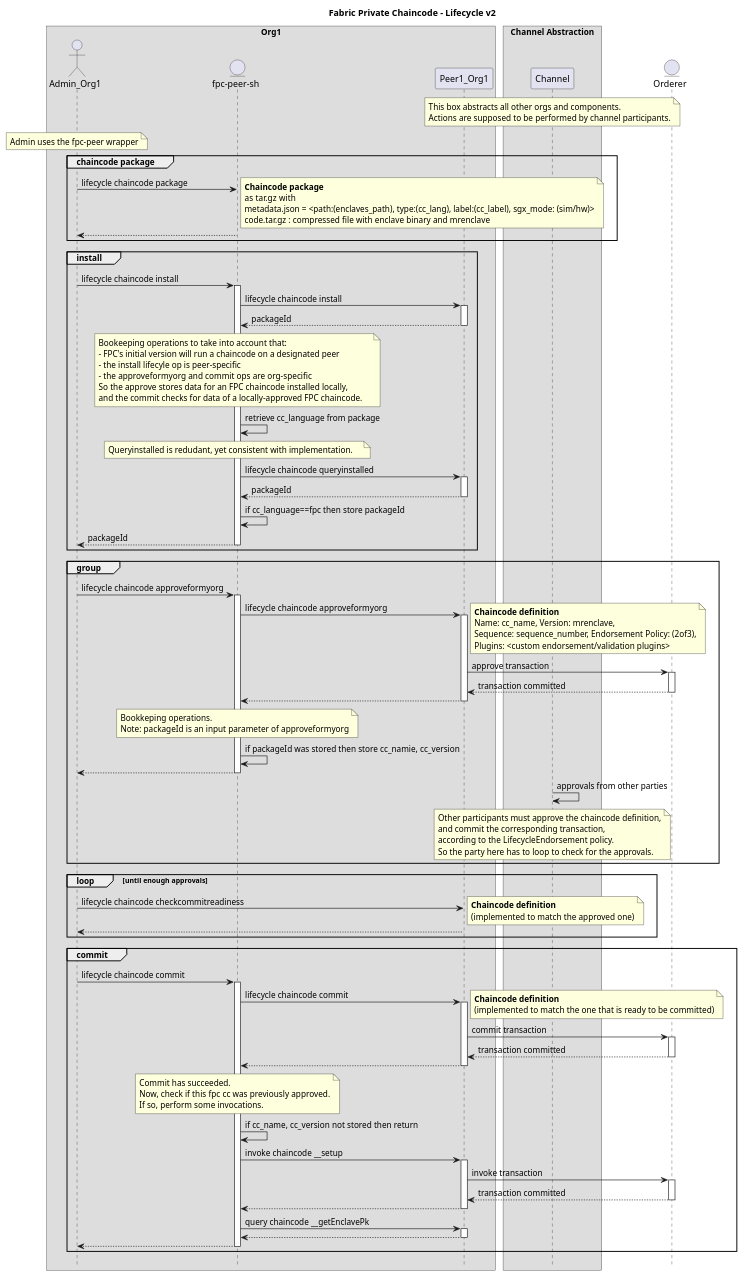
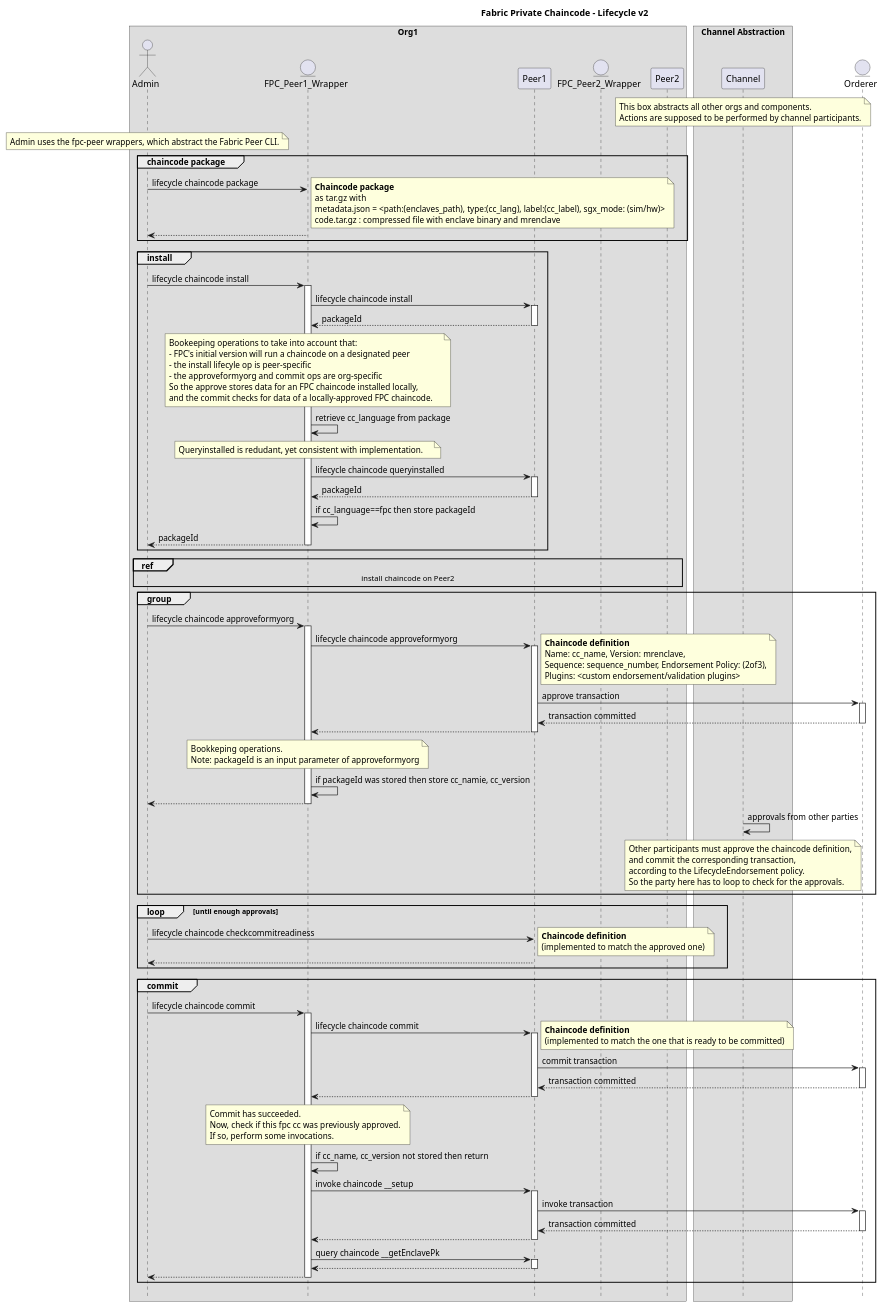
The diagram in docs/design/fabric-v2+/fpc-lifecycle-v2-new.puml (hyperledger/fabric-private-chaincode), drawn with PlantUML before and after one commit.

Commit message:
add second peer to emphasize multiple chaincode installationsx

```diff
--- a/docs/design/fabric-v2+/fpc-lifecycle-v2-new.puml
+++ b/docs/design/fabric-v2+/fpc-lifecycle-v2-new.puml
@@ -8,126 +8,132 @@
 @startuml
 
 !pragma teoz true
 
 hide footbox
 title Foot Box removed
 
 title Fabric Private Chaincode - Lifecycle v2
 
 box "Org1"
-actor	Admin_Org1 order 10
-entity "fpc-peer-sh" as Peer_Wrapper order 15
-participant Peer1_Org1 order 20
+actor	Admin order 10
+entity "FPC_Peer1_Wrapper" as FPC_Peer1_Wrapper order 15
+participant Peer1 order 20
+entity "FPC_Peer2_Wrapper" as FPC_Peer2_Wrapper order 30
+participant Peer2 order 40
 end box
 
 box "Channel Abstraction"
-participant Channel order 40
+participant Channel order 70
 note over Channel
     This box abstracts all other orgs and components.
     Actions are supposed to be performed by channel participants.
 end note
 end box
 
-entity Orderer order 50
+entity Orderer order 80
 
-note over Admin_Org1
-    Admin uses the fpc-peer wrapper
+note over Admin
+    Admin uses the fpc-peer wrappers, which abstract the Fabric Peer CLI.
 end note
 
 group chaincode package
-Admin_Org1 -> Peer_Wrapper : lifecycle chaincode package
+Admin -> FPC_Peer1_Wrapper : lifecycle chaincode package
 note right
     **Chaincode package**
     as tar.gz with
     metadata.json = <path:(enclaves_path), type:(cc_lang), label:(cc_label), sgx_mode: (sim/hw)>
     code.tar.gz : compressed file with enclave binary and mrenclave
 end note
 return
 end /' group chaincode package '/
 
 group install
-Admin_Org1 -> Peer_Wrapper ++: lifecycle chaincode install
-Peer_Wrapper -> Peer1_Org1 ++: lifecycle chaincode install
+Admin -> FPC_Peer1_Wrapper ++: lifecycle chaincode install
+FPC_Peer1_Wrapper -> Peer1 ++: lifecycle chaincode install
 return packageId
-note over Peer_Wrapper
+note over FPC_Peer1_Wrapper
     Bookeeping operations to take into account that:
     - FPC's initial version will run a chaincode on a designated peer
     - the install lifecyle op is peer-specific
     - the approveformyorg and commit ops are org-specific
     So the approve stores data for an FPC chaincode installed locally,
     and the commit checks for data of a locally-approved FPC chaincode.    
 end note
-Peer_Wrapper -> Peer_Wrapper : retrieve cc_language from package
-note over Peer_Wrapper
+FPC_Peer1_Wrapper -> FPC_Peer1_Wrapper : retrieve cc_language from package
+note over FPC_Peer1_Wrapper
     Queryinstalled is redudant, yet consistent with implementation.    
 end note
-Peer_Wrapper -> Peer1_Org1 ++: lifecycle chaincode queryinstalled
+FPC_Peer1_Wrapper -> Peer1 ++: lifecycle chaincode queryinstalled
 return packageId
-Peer_Wrapper -> Peer_Wrapper : if cc_language==fpc then store packageId
-return packageId /' Admin_Org1 -> Peer_Wrapper '/
+FPC_Peer1_Wrapper -> FPC_Peer1_Wrapper : if cc_language==fpc then store packageId
+return packageId /' Admin -> FPC_Peer1_Wrapper '/
 end /' group install '/
 
+ref over Admin, FPC_Peer2_Wrapper, Peer2
+    install chaincode on Peer2
+end /' ref '/
+
 group /' approve '/
-Admin_Org1 -> Peer_Wrapper ++: lifecycle chaincode approveformyorg
-Peer_Wrapper -> Peer1_Org1 ++: lifecycle chaincode approveformyorg
+Admin -> FPC_Peer1_Wrapper ++: lifecycle chaincode approveformyorg
+FPC_Peer1_Wrapper -> Peer1 ++: lifecycle chaincode approveformyorg
 note right
     **Chaincode definition**
     Name: cc_name, Version: mrenclave,
     Sequence: sequence_number, Endorsement Policy: (2of3),
     Plugins: <custom endorsement/validation plugins>
 end note
-Peer1_Org1 -> Orderer ++: approve transaction
-return transaction committed /' Peer1_Org1 -> Orderer '/
-return /' Peer_Wrapper -> Peer1_Org1 '/
-note over Peer_Wrapper
+Peer1 -> Orderer ++: approve transaction
+return transaction committed /' Peer1 -> Orderer '/
+return /' FPC_Peer1_Wrapper -> Peer1 '/
+note over FPC_Peer1_Wrapper
     Bookkeping operations.
     Note: packageId is an input parameter of approveformyorg
 end note
-Peer_Wrapper -> Peer_Wrapper : if packageId was stored then store cc_namie, cc_version
-return /' Admin_Org1 -> Peer_Wrapper '/
+FPC_Peer1_Wrapper -> FPC_Peer1_Wrapper : if packageId was stored then store cc_namie, cc_version
+return /' Admin -> FPC_Peer1_Wrapper '/
 
 Channel -> Channel : approvals from other parties
 note over Channel
     Other participants must approve the chaincode definition,
     and commit the corresponding transaction,
     according to the LifecycleEndorsement policy.
     So the party here has to loop to check for the approvals.
 end note
 
 end /' group approve '/
 
 loop until enough approvals
-	Admin_Org1 -> Peer1_Org1 : lifecycle chaincode checkcommitreadiness
+	Admin -> Peer1 : lifecycle chaincode checkcommitreadiness
 note right
     **Chaincode definition**
     (implemented to match the approved one)
 end note
     return
 end
 
 group commit
-Admin_Org1 -> Peer_Wrapper ++:lifecycle chaincode commit
-Peer_Wrapper -> Peer1_Org1 ++: lifecycle chaincode commit
+Admin -> FPC_Peer1_Wrapper ++:lifecycle chaincode commit
+FPC_Peer1_Wrapper -> Peer1 ++: lifecycle chaincode commit
 note right
     **Chaincode definition**
     (implemented to match the one that is ready to be committed)
 end note
-Peer1_Org1 -> Orderer ++: commit transaction
-return transaction committed /' Peer1_Org1 -> Orderer '/
-return /' Peer_Wrapper -> Peer1_Org1 '/
-note over Peer_Wrapper
+Peer1 -> Orderer ++: commit transaction
+return transaction committed /' Peer1 -> Orderer '/
+return /' FPC_Peer1_Wrapper -> Peer1 '/
+note over FPC_Peer1_Wrapper
     Commit has succeeded.
     Now, check if this fpc cc was previously approved.
     If so, perform some invocations.
 end note
-Peer_Wrapper -> Peer_Wrapper : if cc_name, cc_version not stored then return
-Peer_Wrapper -> Peer1_Org1 ++: invoke chaincode __setup
-Peer1_Org1 -> Orderer ++: invoke transaction
+FPC_Peer1_Wrapper -> FPC_Peer1_Wrapper : if cc_name, cc_version not stored then return
+FPC_Peer1_Wrapper -> Peer1 ++: invoke chaincode __setup
+Peer1 -> Orderer ++: invoke transaction
 return transaction committed
-return /' Peer_Wrapper -> Peer1_Org1 '/
-Peer_Wrapper -> Peer1_Org1 ++: query chaincode __getEnclavePk
-return /' Peer_Wrapper -> Peer1_Org1 '/
-return /' Admin_Org1 -> Peer_Wrapper '/
+return /' FPC_Peer1_Wrapper -> Peer1 '/
+FPC_Peer1_Wrapper -> Peer1 ++: query chaincode __getEnclavePk
+return /' FPC_Peer1_Wrapper -> Peer1 '/
+return /' Admin -> FPC_Peer1_Wrapper '/
 end /' group commit '/
 
 @enduml
```
